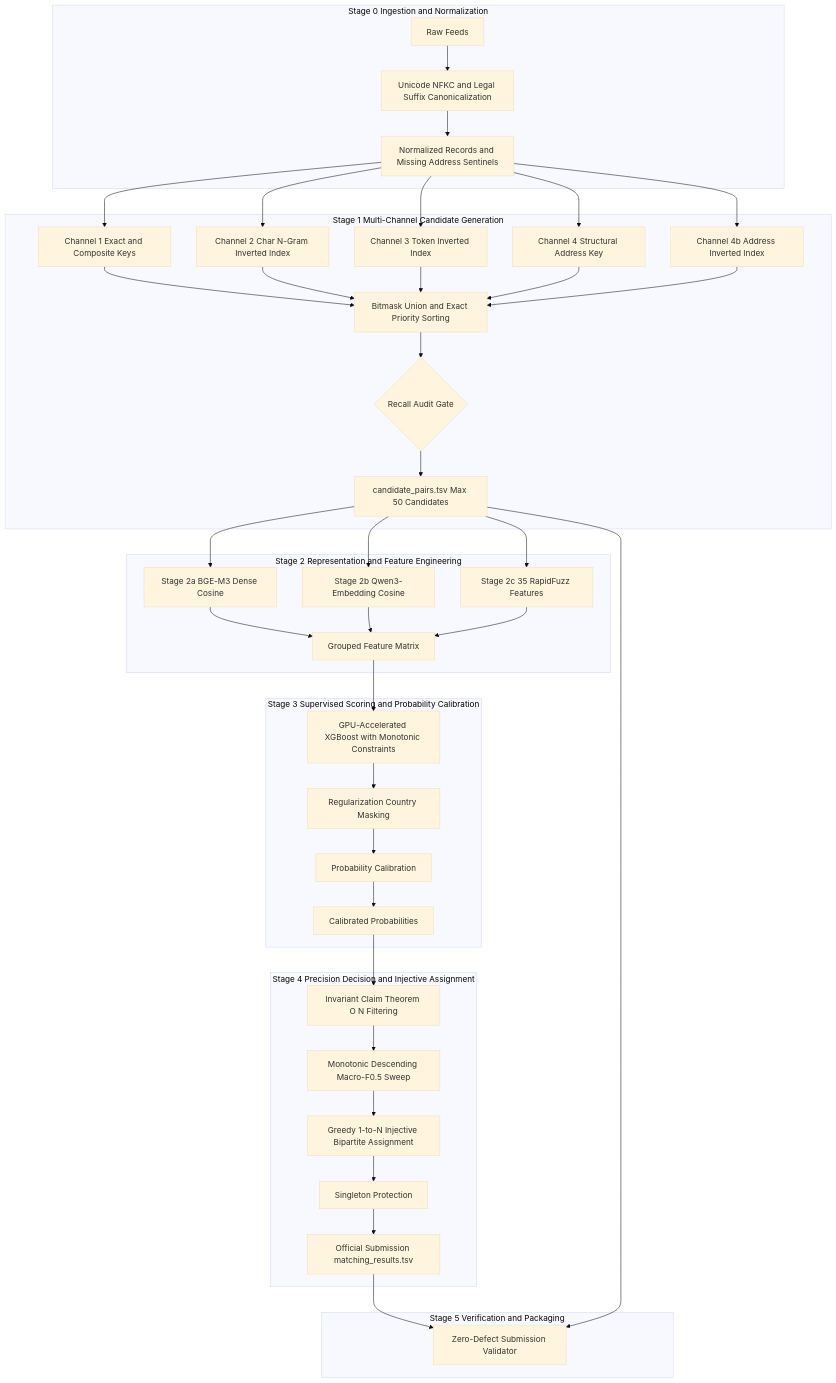
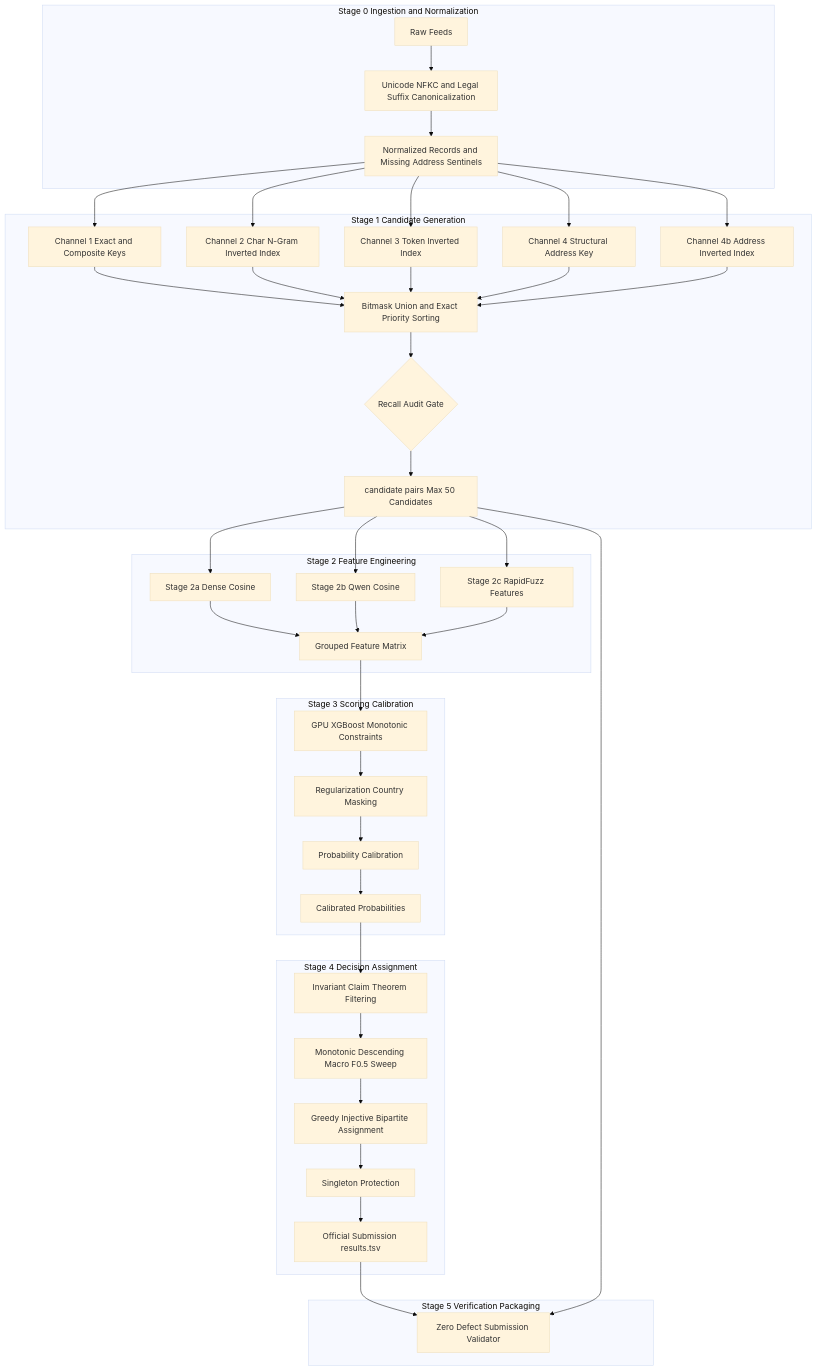
The diagram in Documentation.md (priyanshu-ogdev/AmazonMLChallenge2026), drawn with Mermaid (base theme) before and after one commit.

Commit message:
docs: revert to absolute baseline graph TD for mermaid

````diff
--- a/Documentation.md
+++ b/Documentation.md
@@ -14,54 +14,54 @@
 ```mermaid
-flowchart TD
-    subgraph S0 [Stage 0 Ingestion and Normalization]
+graph TD
+    subgraph Stage 0 Ingestion and Normalization
         R0[Raw Feeds] --> N0[Unicode NFKC and Legal Suffix Canonicalization]
         N0 --> D0[Normalized Records and Missing Address Sentinels]
     end
 
-    subgraph S1 [Stage 1 Multi-Channel Candidate Generation]
+    subgraph Stage 1 Candidate Generation
         D0 --> B1[Channel 1 Exact and Composite Keys]
         D0 --> B2[Channel 2 Char N-Gram Inverted Index]
         D0 --> B3[Channel 3 Token Inverted Index]
         D0 --> B4[Channel 4 Structural Address Key]
         D0 --> B4b[Channel 4b Address Inverted Index]
         
         B1 --> U1[Bitmask Union and Exact Priority Sorting]
         B2 --> U1
         B3 --> U1
         B4 --> U1
         B4b --> U1
         
         U1 --> G1{Recall Audit Gate}
-        G1 --> CP_TSV[candidate_pairs.tsv Max 50 Candidates]
+        G1 --> CP_TSV[candidate pairs Max 50 Candidates]
     end
 
-    subgraph S2 [Stage 2 Representation and Feature Engineering]
-        CP_TSV --> F1[Stage 2a BGE-M3 Dense Cosine]
-        CP_TSV --> F2[Stage 2b Qwen3-Embedding Cosine]
-        CP_TSV --> F3[Stage 2c 35 RapidFuzz Features]
+    subgraph Stage 2 Feature Engineering
+        CP_TSV --> F1[Stage 2a Dense Cosine]
+        CP_TSV --> F2[Stage 2b Qwen Cosine]
+        CP_TSV --> F3[Stage 2c RapidFuzz Features]
         
         F1 --> M2[Grouped Feature Matrix]
         F2 --> M2
         F3 --> M2
     end
 
-    subgraph S3 [Stage 3 Supervised Scoring and Probability Calibration]
-        M2 --> G3[GPU-Accelerated XGBoost with Monotonic Constraints]
+    subgraph Stage 3 Scoring Calibration
+        M2 --> G3[GPU XGBoost Monotonic Constraints]
         G3 --> REG[Regularization Country Masking]
         REG --> CALIB[Probability Calibration]
         CALIB --> P3[Calibrated Probabilities]
     end
 
-    subgraph S4 [Stage 4 Precision Decision and Injective Assignment]
-        P3 --> ICT[Invariant Claim Theorem O N Filtering]
-        ICT --> SWEEP[Monotonic Descending Macro-F0.5 Sweep]
-        SWEEP --> INJ[Greedy 1-to-N Injective Bipartite Assignment]
+    subgraph Stage 4 Decision Assignment
+        P3 --> ICT[Invariant Claim Theorem Filtering]
+        ICT --> SWEEP[Monotonic Descending Macro F0.5 Sweep]
+        SWEEP --> INJ[Greedy Injective Bipartite Assignment]
         INJ --> S4_OUT[Singleton Protection]
-        S4_OUT --> O4[Official Submission matching_results.tsv]
+        S4_OUT --> O4[Official Submission results.tsv]
     end
 
-    subgraph S5 [Stage 5 Verification and Packaging]
-        O4 --> VAL[Zero-Defect Submission Validator]
+    subgraph Stage 5 Verification Packaging
+        O4 --> VAL[Zero Defect Submission Validator]
         CP_TSV --> VAL
     end
 ```
````
